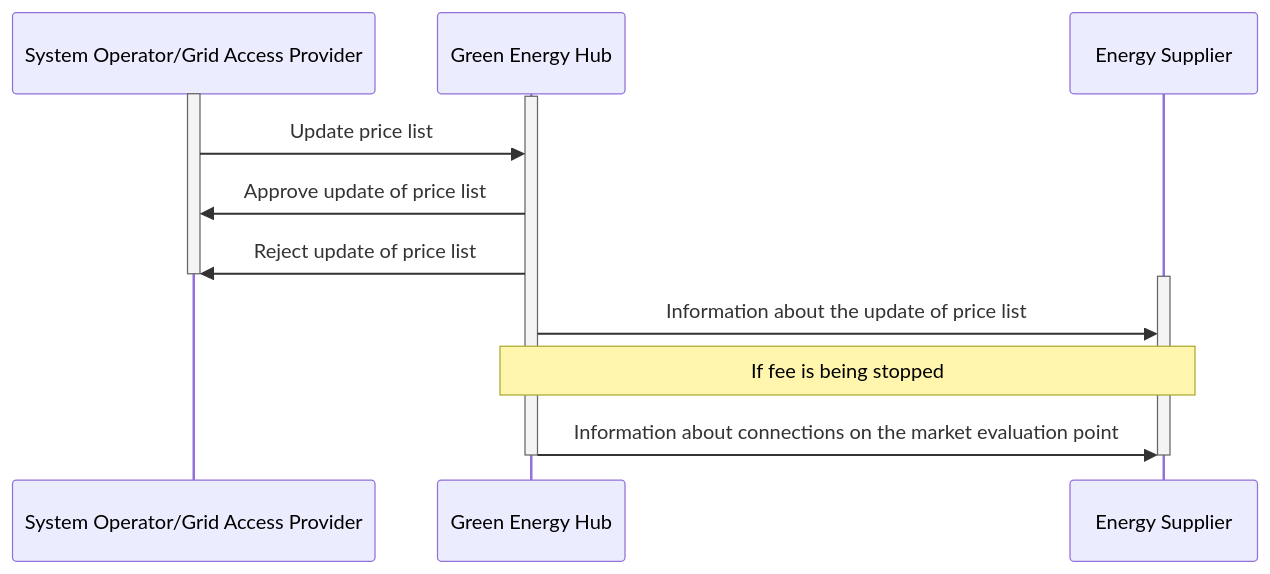
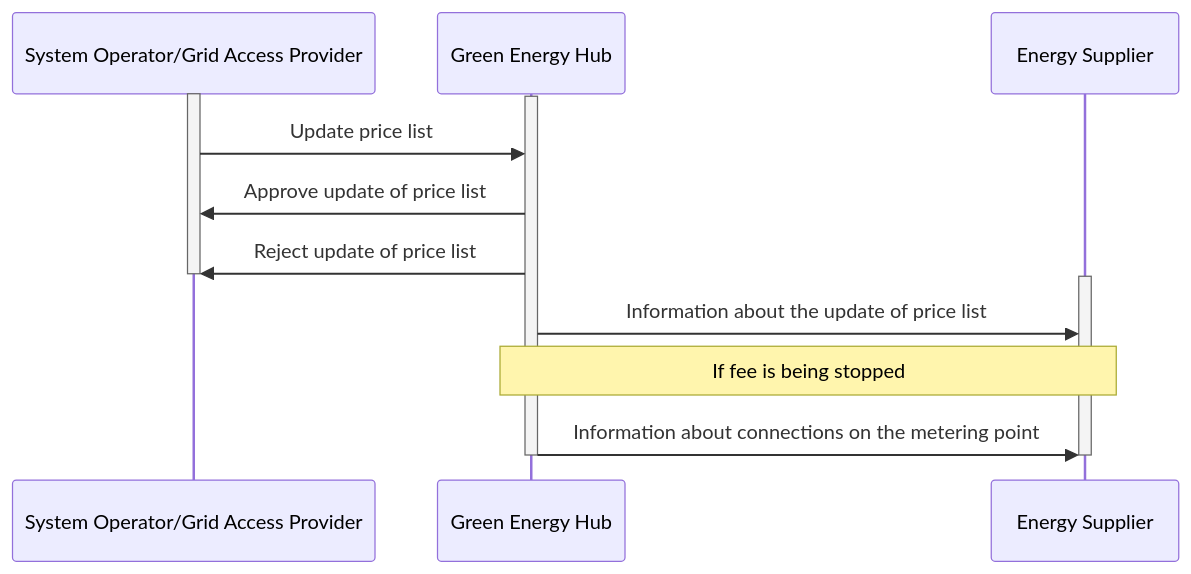
One commit to Energinet-DataHub/ARCHIVED-geh-charges changed the diagram in docs/business-processes/change-of-fee.mermaid. Above: the diagram before and after it, drawn with Mermaid. The commit also changed 5 other files, not shown here.

```diff
--- a/docs/business-processes/change-of-fee.mermaid
+++ b/docs/business-processes/change-of-fee.mermaid
@@ -1,18 +1,18 @@
 sequenceDiagram
     participant O as System Operator/Grid Access Provider
     participant GEH as Green Energy Hub
     participant S as Energy Supplier
 
     activate O
     activate GEH
     O->>GEH: Update price list
     GEH->>O: Approve update of price list
     GEH->>O: Reject update of price list
     deactivate O
 
     activate S
     GEH->>S: Information about the update of price list
     Note over GEH, S: If fee is being stopped
-    GEH->>S: Information about connections on the market evaluation point
+    GEH->>S: Information about connections on the metering point
     deactivate GEH
     deactivate S
```
